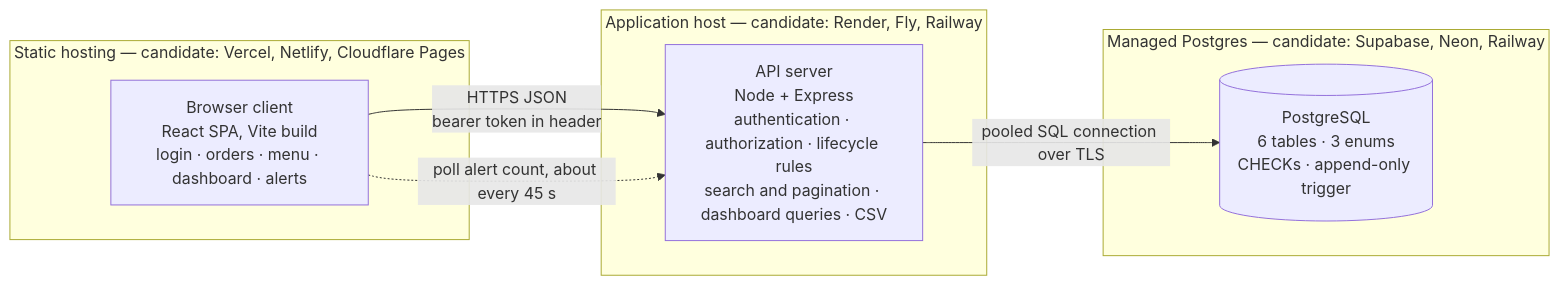
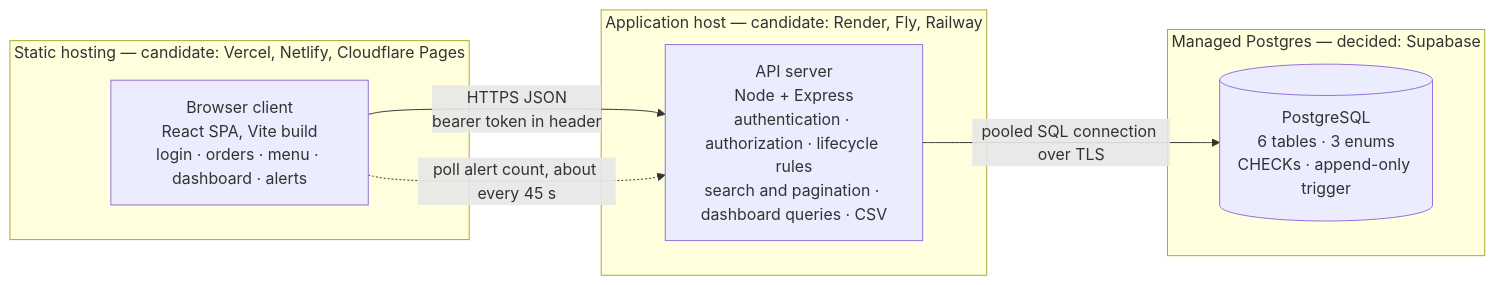
The diagram in docs/architecture.md (SauravRathi/restaurant-order-system), drawn with Mermaid before and after one commit. The commit also changed other lines of this file and 3 other files, not shown here.

````diff
--- a/docs/architecture.md
+++ b/docs/architecture.md
@@ -13,15 +13,15 @@
 ```mermaid
 flowchart LR
   subgraph CDN["Static hosting — candidate: Vercel, Netlify, Cloudflare Pages"]
     R["Browser client<br/>React SPA, Vite build<br/>login · orders · menu · dashboard · alerts"]
   end
   subgraph APP["Application host — candidate: Render, Fly, Railway"]
     E["API server<br/>Node + Express<br/>authentication · authorization · lifecycle rules<br/>search and pagination · dashboard queries · CSV"]
   end
-  subgraph DBH["Managed Postgres — candidate: Supabase, Neon, Railway"]
+  subgraph DBH["Managed Postgres — decided: Supabase"]
     P[("PostgreSQL<br/>6 tables · 3 enums<br/>CHECKs · append-only trigger")]
   end
   R -- "HTTPS JSON<br/>bearer token in header" --> E
   E -- "pooled SQL connection over TLS" --> P
   R -. "poll alert count, about every 45 s" .-> E
 ```
````
